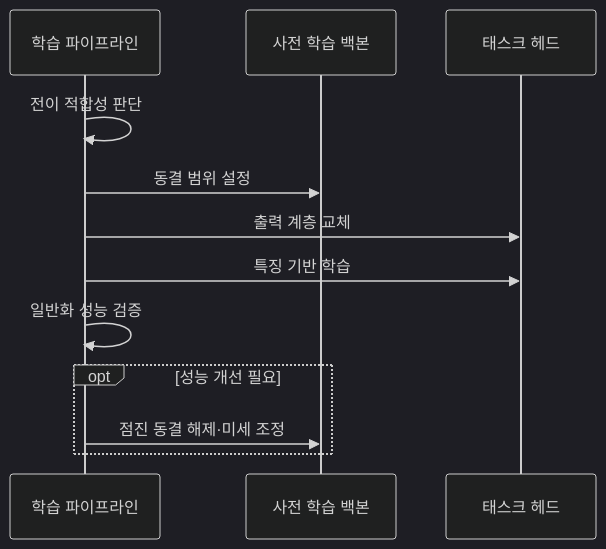
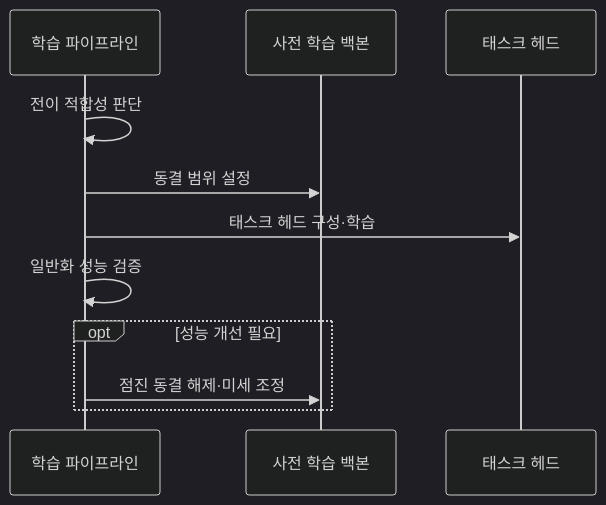
One commit to agnusdei1207/knowledge-base changed the second of 2 diagrams in src/content/docs/notes/01-basic-theory/047_transfer_learning.md. Above: the diagram before and after it, drawn with Mermaid (dark theme). The commit also changed other lines of this file, not shown here.

Commit message:
docs: 전이 학습 헤드 단계를 통합

````diff
--- a/src/content/docs/notes/01-basic-theory/047_transfer_learning.md
+++ b/src/content/docs/notes/01-basic-theory/047_transfer_learning.md
@@ -82,14 +82,13 @@
 ```mermaid
 sequenceDiagram
     participant T as 학습 파이프라인
     participant B as 사전 학습 백본
     participant H as 태스크 헤드
     T->>T: 전이 적합성 판단
     T->>B: 동결 범위 설정
-    T->>H: 출력 계층 교체
-    T->>H: 특징 기반 학습
+    T->>H: 태스크 헤드 구성·학습
     T->>T: 일반화 성능 검증
     opt 성능 개선 필요
         T->>B: 점진 동결 해제·미세 조정
     end
 ```
````
